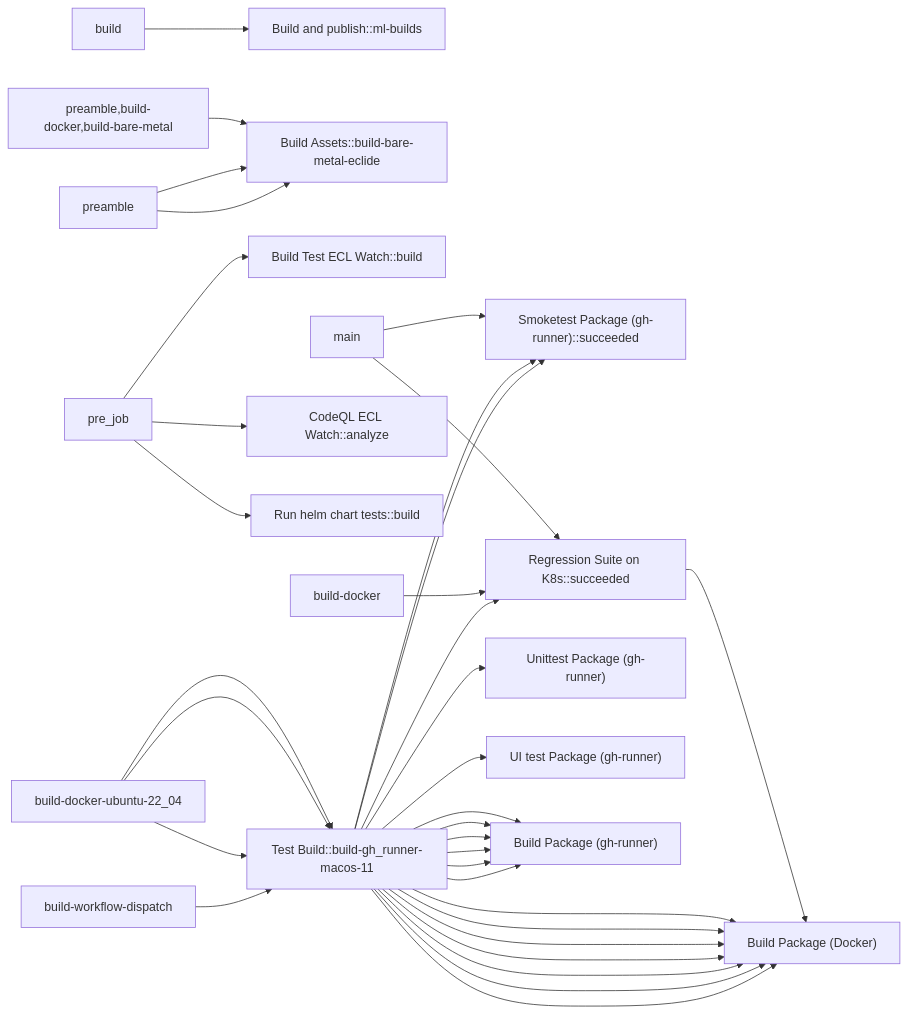
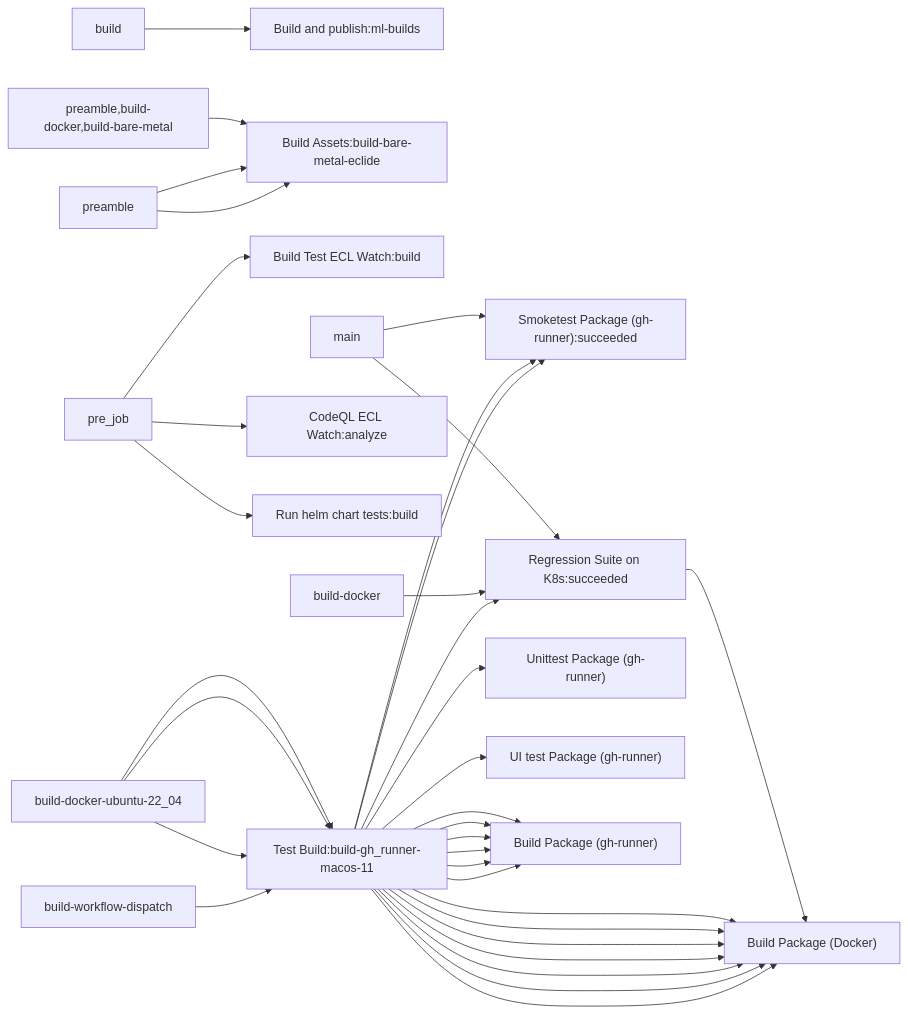
One commit to AttilaVamos/HPCC-Platform changed the second of 2 diagrams in .github/workflows/ActionFlow.md. Above: the diagram before and after it, drawn with Mermaid.

````diff
--- a/.github/workflows/ActionFlow.md
+++ b/.github/workflows/ActionFlow.md
@@ -14,32 +14,32 @@
 ```mermaid
   graph LR;
-build -->Build_and_publish["Build and publish::ml-builds"] ;
-preamble -->Build_Assets["Build Assets::build-docker"] ;
-preamble -->Build_Assets["Build Assets::build-bare-metal"] ;
-preamble,build-docker,build-bare-metal -->Build_Assets["Build Assets::build-bare-metal-eclide"] ;
-pre_job -->Build_Test_ECL_Watch["Build Test ECL Watch::build"] ;
-Test_Build["Test Build::build-workflow-dispatch"] --> Build_Package_-Docker-["Build Package (Docker)"] ;
-build-workflow-dispatch -->Test_Build["Test Build::test-workflow-dispatch"] --> Smoketest_Package_-gh-runner-["Smoketest Package (gh-runner)"] ;
-Test_Build["Test Build::build-docker-ubuntu-23_10"] --> Build_Package_-Docker-["Build Package (Docker)"] ;
-Test_Build["Test Build::build-docker-ubuntu-22_04"] --> Build_Package_-Docker-["Build Package (Docker)"] ;
-build-docker-ubuntu-22_04 -->Test_Build["Test Build::test-smoke-docker-ubuntu-22_04"] --> Smoketest_Package_-gh-runner-["Smoketest Package (gh-runner)"] ;
-Test_Build["Test Build::test-regression-suite-k8s-ubuntu-22_04"] --> Regression_Suite_on_K8s["Regression Suite on K8s"] ;
-build-docker-ubuntu-22_04 -->Test_Build["Test Build::test-unit-docker-ubuntu-22_04"] --> Unittest_Package_-gh-runner-["Unittest Package (gh-runner)"] ;
-build-docker-ubuntu-22_04 -->Test_Build["Test Build::test-ui-docker-ubuntu-22_04"] --> UI_test_Package_-gh-runner-["UI test Package (gh-runner)"] ;
-Test_Build["Test Build::build-docker-ubuntu-20_04"] --> Build_Package_-Docker-["Build Package (Docker)"] ;
-Test_Build["Test Build::build-docker-centos-8"] --> Build_Package_-Docker-["Build Package (Docker)"] ;
-Test_Build["Test Build::build-docker-centos-7"] --> Build_Package_-Docker-["Build Package (Docker)"] ;
-Test_Build["Test Build::build-docker-amazonlinux"] --> Build_Package_-Docker-["Build Package (Docker)"] ;
-Test_Build["Test Build::build-gh_runner-ubuntu-22_04"] --> Build_Package_-gh-runner-["Build Package (gh-runner)"] ;
-Test_Build["Test Build::build-gh_runner-ubuntu-20_04"] --> Build_Package_-gh-runner-["Build Package (gh-runner)"] ;
-Test_Build["Test Build::build-gh_runner-windows-2022"] --> Build_Package_-gh-runner-["Build Package (gh-runner)"] ;
-Test_Build["Test Build::build-gh_runner-windows-2019"] --> Build_Package_-gh-runner-["Build Package (gh-runner)"] ;
-Test_Build["Test Build::build-gh_runner-macos-12"] --> Build_Package_-gh-runner-["Build Package (gh-runner)"] ;
-Test_Build["Test Build::build-gh_runner-macos-11"] --> Build_Package_-gh-runner-["Build Package (gh-runner)"] ;
-pre_job -->CodeQL_ECL_Watch["CodeQL ECL Watch::analyze"] ;
-pre_job -->Run_helm_chart_tests["Run helm chart tests::build"] ;
-Regression_Suite_on_K8s["Regression Suite on K8s::build-docker"] --> Build_Package_-Docker-["Build Package (Docker)"] ;
-build-docker -->Regression_Suite_on_K8s["Regression Suite on K8s::main"] ;
-main -->Regression_Suite_on_K8s["Regression Suite on K8s::succeeded"] ;
-main -->Smoketest_Package_-gh-runner-["Smoketest Package (gh-runner)::succeeded"] ;
+build -->Build_and_publish["Build and publish:ml-builds"] ;
+preamble -->Build_Assets["Build Assets:build-docker"] ;
+preamble -->Build_Assets["Build Assets:build-bare-metal"] ;
+preamble,build-docker,build-bare-metal -->Build_Assets["Build Assets:build-bare-metal-eclide"] ;
+pre_job -->Build_Test_ECL_Watch["Build Test ECL Watch:build"] ;
+Test_Build["Test Build:build-workflow-dispatch"] --> Build_Package_-Docker-["Build Package (Docker)"] ;
+build-workflow-dispatch -->Test_Build["Test Build:test-workflow-dispatch"] --> Smoketest_Package_-gh-runner-["Smoketest Package (gh-runner)"] ;
+Test_Build["Test Build:build-docker-ubuntu-23_10"] --> Build_Package_-Docker-["Build Package (Docker)"] ;
+Test_Build["Test Build:build-docker-ubuntu-22_04"] --> Build_Package_-Docker-["Build Package (Docker)"] ;
+build-docker-ubuntu-22_04 -->Test_Build["Test Build:test-smoke-docker-ubuntu-22_04"] --> Smoketest_Package_-gh-runner-["Smoketest Package (gh-runner)"] ;
+Test_Build["Test Build:test-regression-suite-k8s-ubuntu-22_04"] --> Regression_Suite_on_K8s["Regression Suite on K8s"] ;
+build-docker-ubuntu-22_04 -->Test_Build["Test Build:test-unit-docker-ubuntu-22_04"] --> Unittest_Package_-gh-runner-["Unittest Package (gh-runner)"] ;
+build-docker-ubuntu-22_04 -->Test_Build["Test Build:test-ui-docker-ubuntu-22_04"] --> UI_test_Package_-gh-runner-["UI test Package (gh-runner)"] ;
+Test_Build["Test Build:build-docker-ubuntu-20_04"] --> Build_Package_-Docker-["Build Package (Docker)"] ;
+Test_Build["Test Build:build-docker-centos-8"] --> Build_Package_-Docker-["Build Package (Docker)"] ;
+Test_Build["Test Build:build-docker-centos-7"] --> Build_Package_-Docker-["Build Package (Docker)"] ;
+Test_Build["Test Build:build-docker-amazonlinux"] --> Build_Package_-Docker-["Build Package (Docker)"] ;
+Test_Build["Test Build:build-gh_runner-ubuntu-22_04"] --> Build_Package_-gh-runner-["Build Package (gh-runner)"] ;
+Test_Build["Test Build:build-gh_runner-ubuntu-20_04"] --> Build_Package_-gh-runner-["Build Package (gh-runner)"] ;
+Test_Build["Test Build:build-gh_runner-windows-2022"] --> Build_Package_-gh-runner-["Build Package (gh-runner)"] ;
+Test_Build["Test Build:build-gh_runner-windows-2019"] --> Build_Package_-gh-runner-["Build Package (gh-runner)"] ;
+Test_Build["Test Build:build-gh_runner-macos-12"] --> Build_Package_-gh-runner-["Build Package (gh-runner)"] ;
+Test_Build["Test Build:build-gh_runner-macos-11"] --> Build_Package_-gh-runner-["Build Package (gh-runner)"] ;
+pre_job -->CodeQL_ECL_Watch["CodeQL ECL Watch:analyze"] ;
+pre_job -->Run_helm_chart_tests["Run helm chart tests:build"] ;
+Regression_Suite_on_K8s["Regression Suite on K8s:build-docker"] --> Build_Package_-Docker-["Build Package (Docker)"] ;
+build-docker -->Regression_Suite_on_K8s["Regression Suite on K8s:main"] ;
+main -->Regression_Suite_on_K8s["Regression Suite on K8s:succeeded"] ;
+main -->Smoketest_Package_-gh-runner-["Smoketest Package (gh-runner):succeeded"] ;
 ```
````
